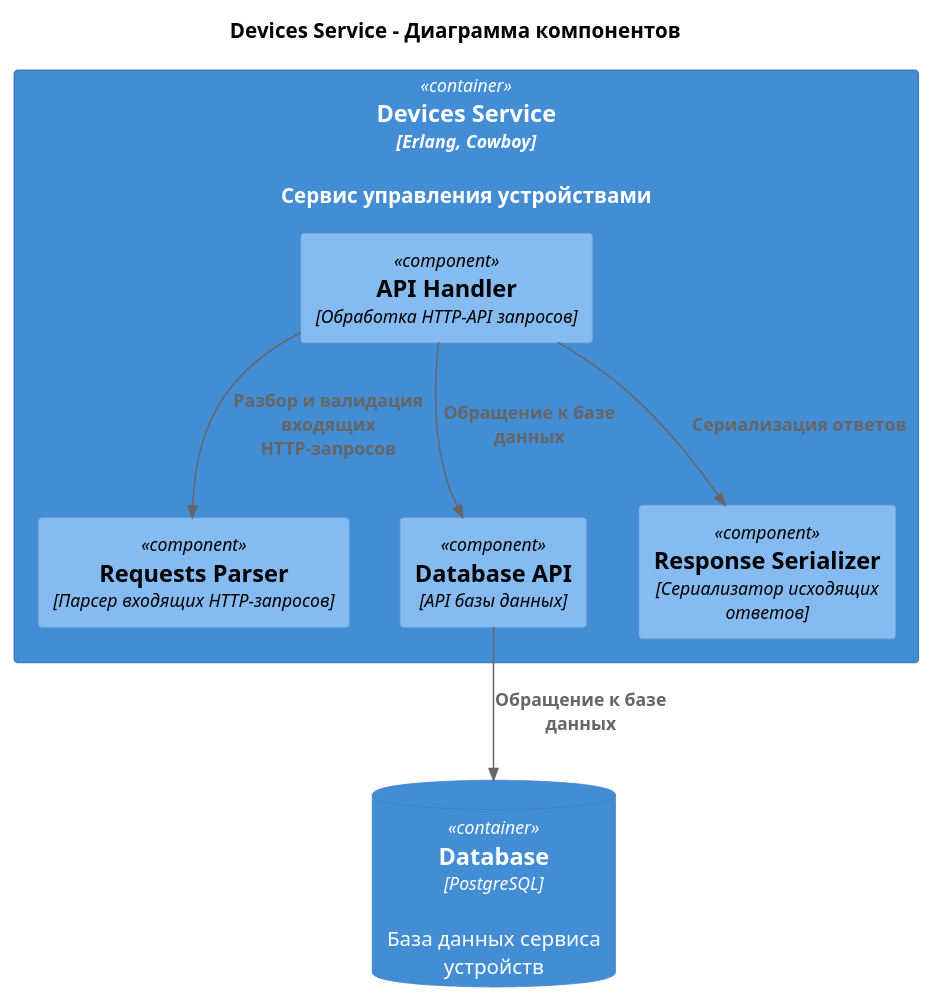
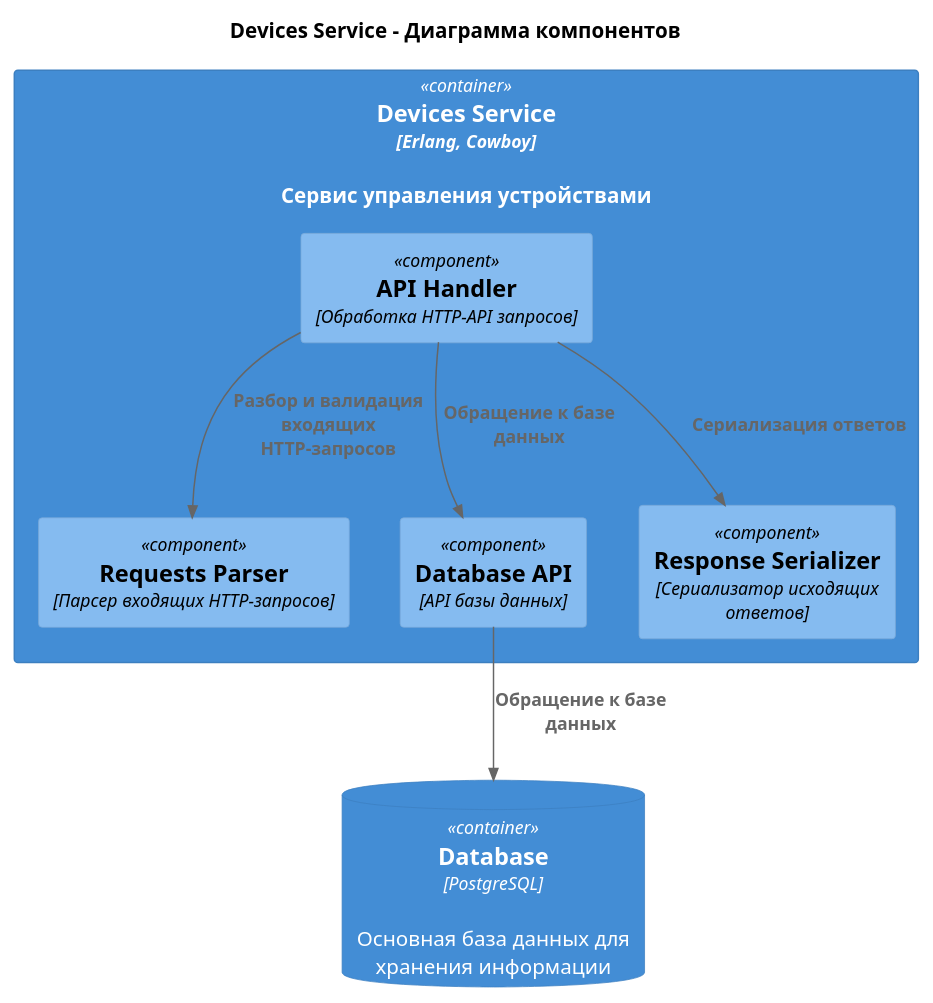
One commit to snakeduse/architecture-sprint-3 changed the diagram in diagrams/DevicesServiceComponent.puml. Above: the diagram before and after it, drawn with PlantUML. The commit also changed 3 other files, not shown here.

Commit message:
docs: Обновил БД на диаграммах компонентов

```diff
--- a/diagrams/DevicesServiceComponent.puml
+++ b/diagrams/DevicesServiceComponent.puml
@@ -1,22 +1,22 @@
 @startuml
 title Devices Service - Диаграмма компонентов
 
 top to bottom direction
 
 !include ./c4_source/C4_Component.puml
 
 Container(devices_service, "Devices Service", "Erlang, Cowboy", "Сервис управления устройствами") {
   Component(api_handler, "API Handler", "Обработка HTTP-API запросов")
   Component(requests_parser, "Requests Parser", "Парсер входящих HTTP-запросов")
   Component(db_layer, "Database API", "API базы данных")
   Component(response_serializer, "Response Serializer", "Сериализатор исходящих ответов")
 }
 
-ContainerDb(db, "Database", "PostgreSQL", "База данных сервиса устройств")
+ContainerDb(db, "Database", "PostgreSQL", "Основная база данных для хранения информации")
 
 Rel(api_handler, requests_parser, "Разбор и валидация входящих HTTP-запросов")
 Rel(api_handler, db_layer, "Обращение к базе данных")
 Rel(api_handler, response_serializer, "Сериализация ответов")
 Rel(db_layer, db, "Обращение к базе данных")
 
 @enduml
```
